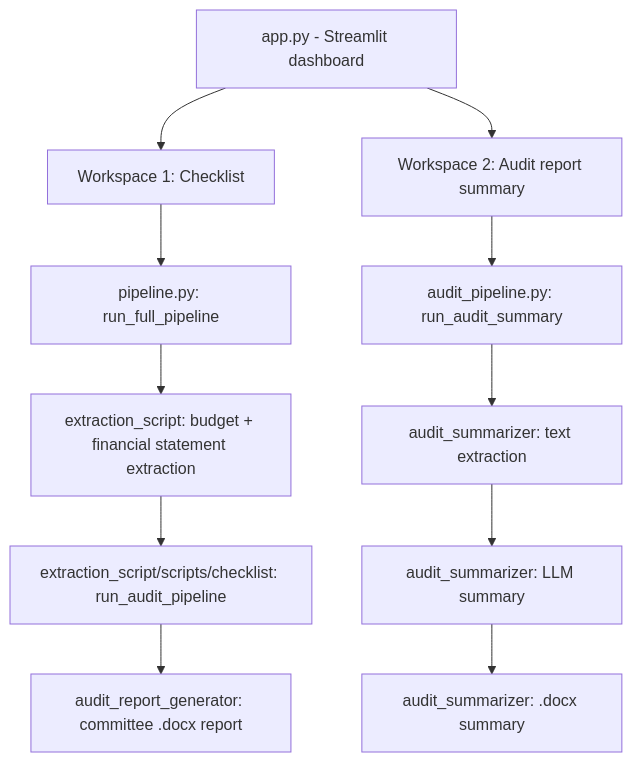
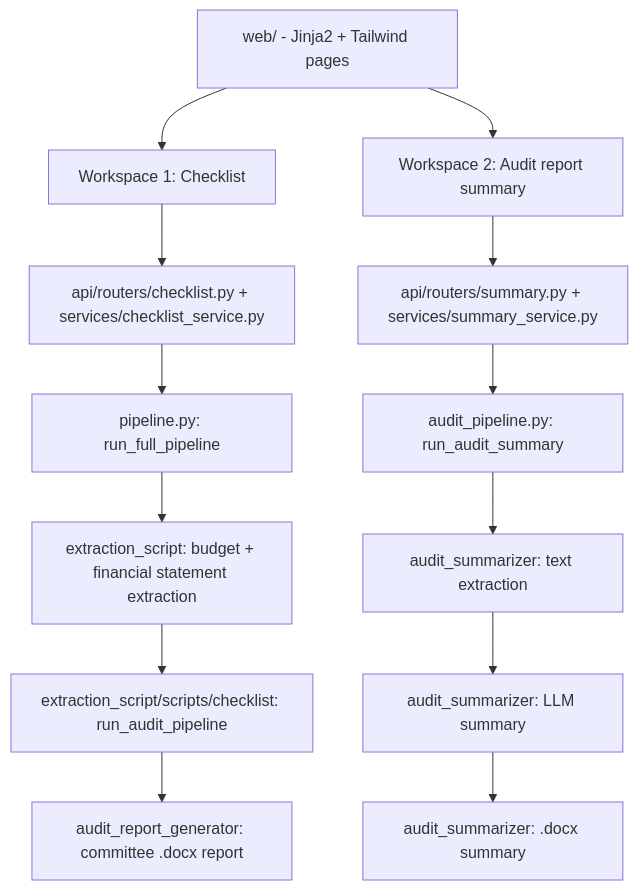
One commit to math-team-project/persian-smart-accounting changed the diagram in README.md. Above: the diagram before and after it, drawn with Mermaid. The commit also changed other lines of this file and 47 other files, not shown here.

Commit message:
feat: add web app

````diff
--- a/README.md
+++ b/README.md
@@ -69,15 +76,17 @@
 ```mermaid
 flowchart TD
-    UI[app.py - Streamlit dashboard] --> WS1[Workspace 1: Checklist]
+    UI[web/ - Jinja2 + Tailwind pages] --> WS1[Workspace 1: Checklist]
     UI --> WS2[Workspace 2: Audit report summary]
 
-    WS1 --> P1[pipeline.py: run_full_pipeline]
+    WS1 --> API1[api/routers/checklist.py + services/checklist_service.py]
+    API1 --> P1[pipeline.py: run_full_pipeline]
     P1 --> EX[extraction_script: budget + financial statement extraction]
     EX --> CL[extraction_script/scripts/checklist: run_audit_pipeline]
     CL --> RPT[audit_report_generator: committee .docx report]
 
-    WS2 --> P2[audit_pipeline.py: run_audit_summary]
+    WS2 --> API2[api/routers/summary.py + services/summary_service.py]
+    API2 --> P2[audit_pipeline.py: run_audit_summary]
     P2 --> FI[audit_summarizer: text extraction]
     FI --> LLM[audit_summarizer: LLM summary]
     LLM --> DOC[audit_summarizer: .docx summary]
 ```
````
